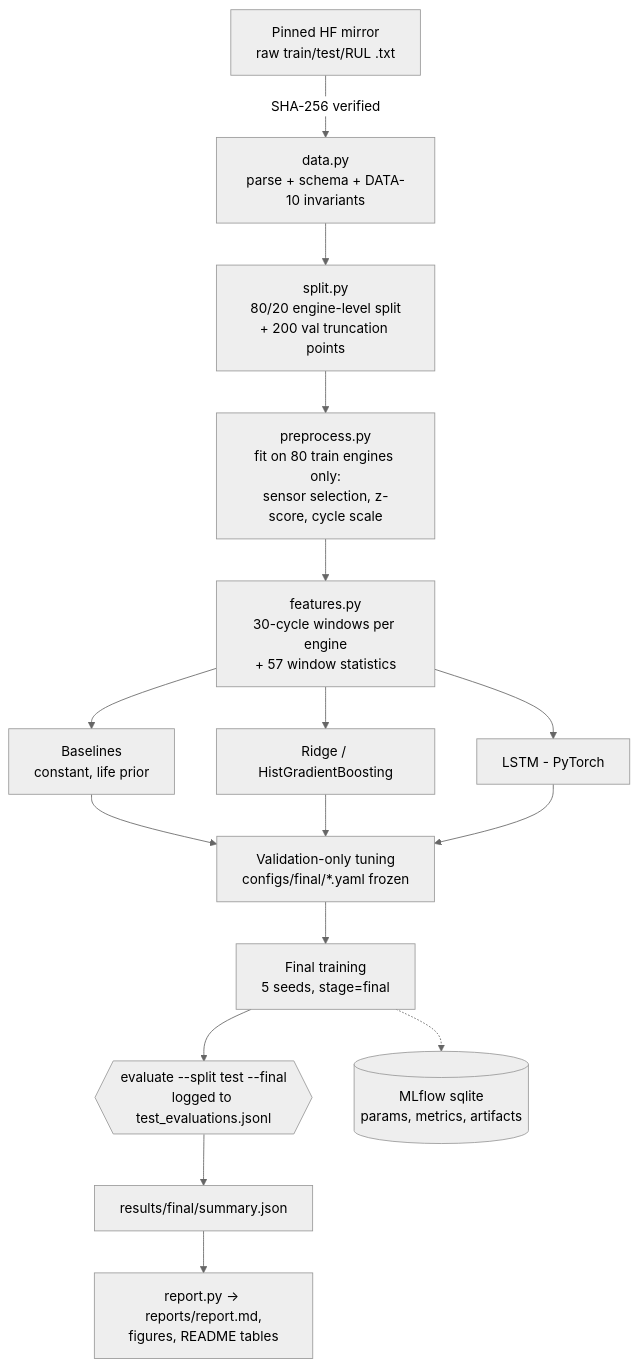
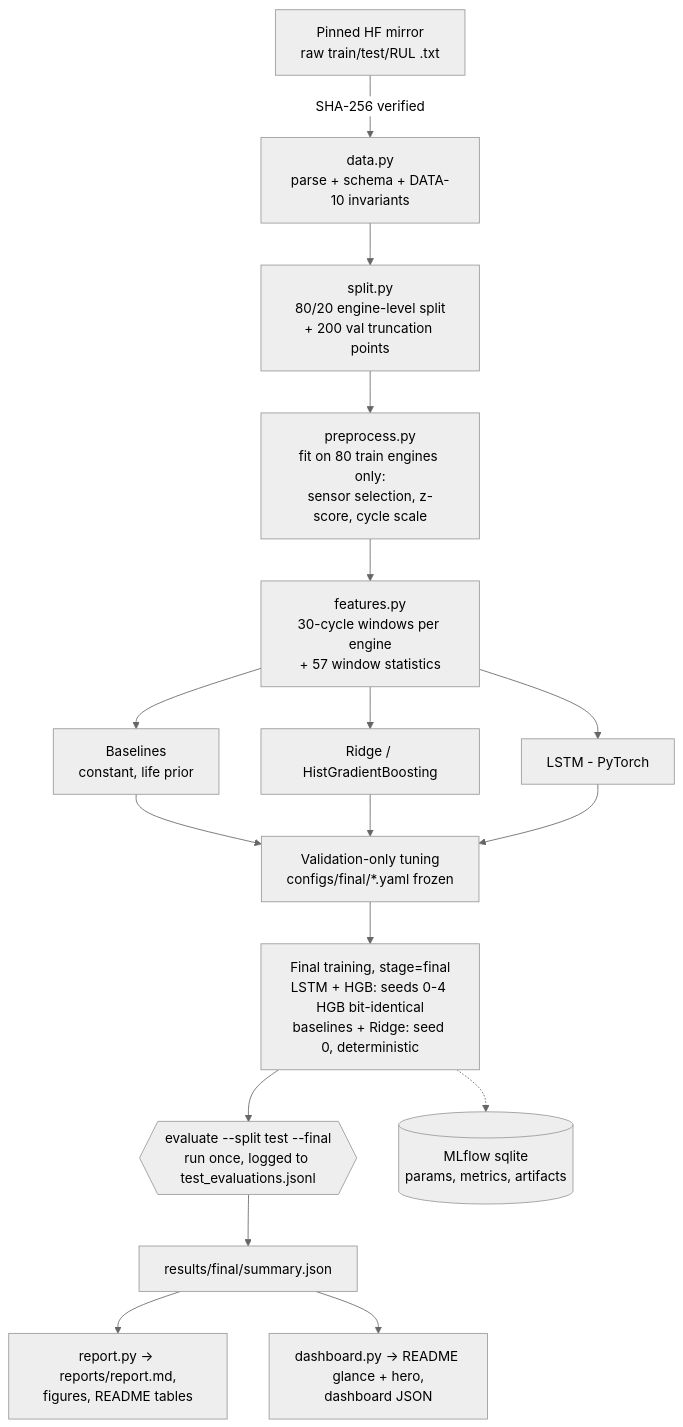
The first of 3 diagrams in docs/pipeline.md (Eliot-2006/engine-rul), drawn with Mermaid (neutral theme) before and after one commit. The commit also changed other lines of this file and 11 other files, not shown here.

````diff
--- a/docs/pipeline.md
+++ b/docs/pipeline.md
@@ -5,16 +5,17 @@
 ```mermaid
 flowchart TD
   A[Pinned HF mirror<br/>raw train/test/RUL .txt] -->|SHA-256 verified| B[data.py<br/>parse + schema + DATA-10 invariants]
   B --> C[split.py<br/>80/20 engine-level split<br/>+ 200 val truncation points]
   C --> D[preprocess.py<br/>fit on 80 train engines only:<br/>sensor selection, z-score, cycle scale]
   D --> E[features.py<br/>30-cycle windows per engine<br/>+ 57 window statistics]
   E --> F1[Baselines<br/>constant, life prior]
   E --> F2[Ridge / HistGradientBoosting]
   E --> F3[LSTM - PyTorch]
   F1 & F2 & F3 --> G[Validation-only tuning<br/>configs/final/*.yaml frozen]
-  G --> H[Final training<br/>5 seeds, stage=final]
-  H --> I{{evaluate --split test --final<br/>logged to test_evaluations.jsonl}}
+  G --> H[Final training, stage=final<br/>LSTM + HGB: seeds 0-4 HGB bit-identical<br/>baselines + Ridge: seed 0, deterministic]
+  H --> I{{evaluate --split test --final<br/>run once, logged to test_evaluations.jsonl}}
   I --> J[results/final/summary.json]
   J --> K[report.py → reports/report.md,<br/>figures, README tables]
+  J --> W[dashboard.py → README glance + hero,<br/>dashboard JSON]
   H -.-> M[(MLflow sqlite<br/>params, metrics, artifacts)]
 ```
````
